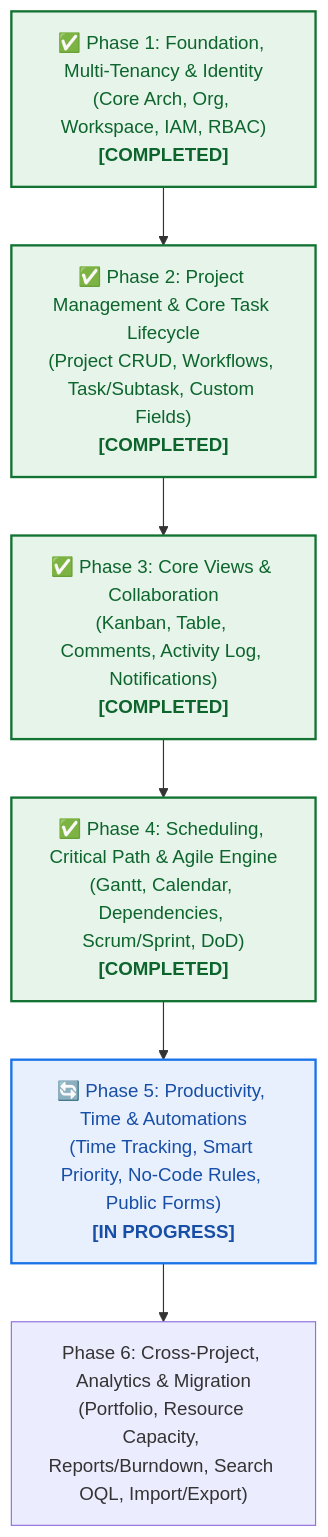
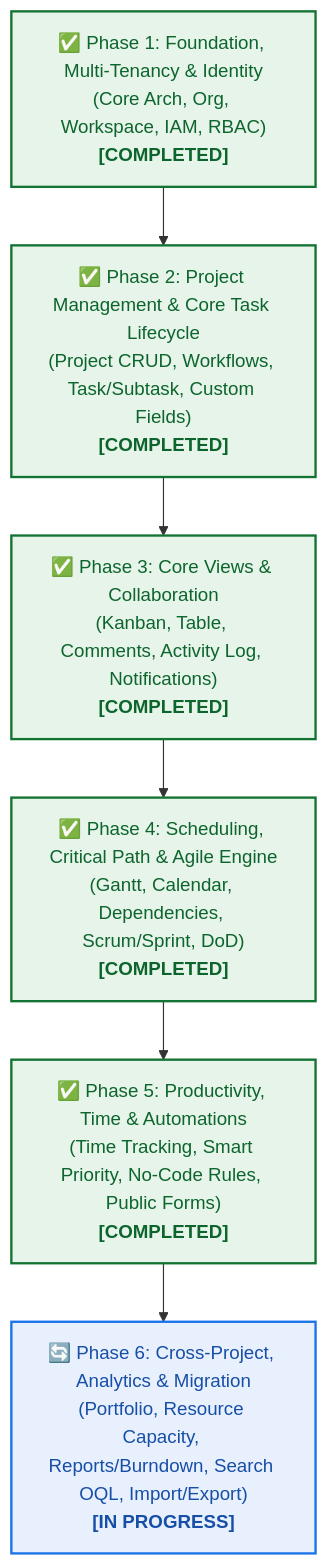
One commit to HuynhTri-dev/omnimer_team_doc changed the diagram in docs/bda/02-phase1-omniproject/omniproject_core/00_DEVELOPMENT_PHASES_ROADMAP.md. Above: the diagram before and after it, drawn with Mermaid. The commit also changed other lines of this file and 8 other files, not shown here.

Commit message:
docs: add Phase 6 SRS, RTM, and FRs for portfolio, analytics, and integrations

````diff
--- a/docs/bda/02-phase1-omniproject/omniproject_core/00_DEVELOPMENT_PHASES_ROADMAP.md
+++ b/docs/bda/02-phase1-omniproject/omniproject_core/00_DEVELOPMENT_PHASES_ROADMAP.md
@@ -11,14 +11,15 @@
 ```mermaid
 flowchart TD
     P1["✅ Phase 1: Foundation, Multi-Tenancy & Identity<br/>(Core Arch, Org, Workspace, IAM, RBAC)<br/><b>[COMPLETED]</b>"] --> P2["✅ Phase 2: Project Management & Core Task Lifecycle<br/>(Project CRUD, Workflows, Task/Subtask, Custom Fields)<br/><b>[COMPLETED]</b>"]
     P2 --> P3["✅ Phase 3: Core Views & Collaboration<br/>(Kanban, Table, Comments, Activity Log, Notifications)<br/><b>[COMPLETED]</b>"]
     P3 --> P4["✅ Phase 4: Scheduling, Critical Path & Agile Engine<br/>(Gantt, Calendar, Dependencies, Scrum/Sprint, DoD)<br/><b>[COMPLETED]</b>"]
-    P4 --> P5["🔄 Phase 5: Productivity, Time & Automations<br/>(Time Tracking, Smart Priority, No-Code Rules, Public Forms)<br/><b>[IN PROGRESS]</b>"]
-    P5 --> P6["Phase 6: Cross-Project, Analytics & Migration<br/>(Portfolio, Resource Capacity, Reports/Burndown, Search OQL, Import/Export)"]
+    P4 --> P5["✅ Phase 5: Productivity, Time & Automations<br/>(Time Tracking, Smart Priority, No-Code Rules, Public Forms)<br/><b>[COMPLETED]</b>"]
+    P5 --> P6["🔄 Phase 6: Cross-Project, Analytics & Migration<br/>(Portfolio, Resource Capacity, Reports/Burndown, Search OQL, Import/Export)<br/><b>[IN PROGRESS]</b>"]
 
     style P1 fill:#e6f4ea,stroke:#137333,stroke-width:2px,color:#0d652d
     style P2 fill:#e6f4ea,stroke:#137333,stroke-width:2px,color:#0d652d
     style P3 fill:#e6f4ea,stroke:#137333,stroke-width:2px,color:#0d652d
     style P4 fill:#e6f4ea,stroke:#137333,stroke-width:2px,color:#0d652d
-    style P5 fill:#e8f0fe,stroke:#1a73e8,stroke-width:2px,color:#174ea6
+    style P5 fill:#e6f4ea,stroke:#137333,stroke-width:2px,color:#0d652d
+    style P6 fill:#e8f0fe,stroke:#1a73e8,stroke-width:2px,color:#174ea6
 ```
````
